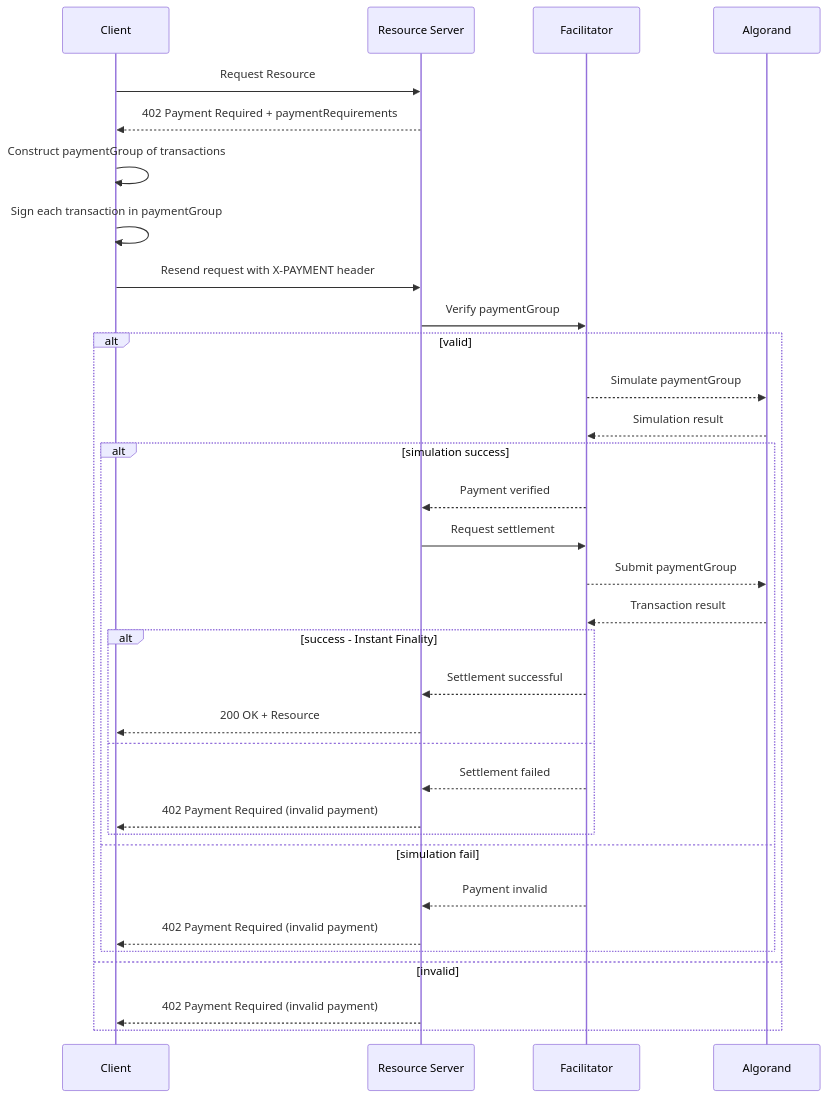
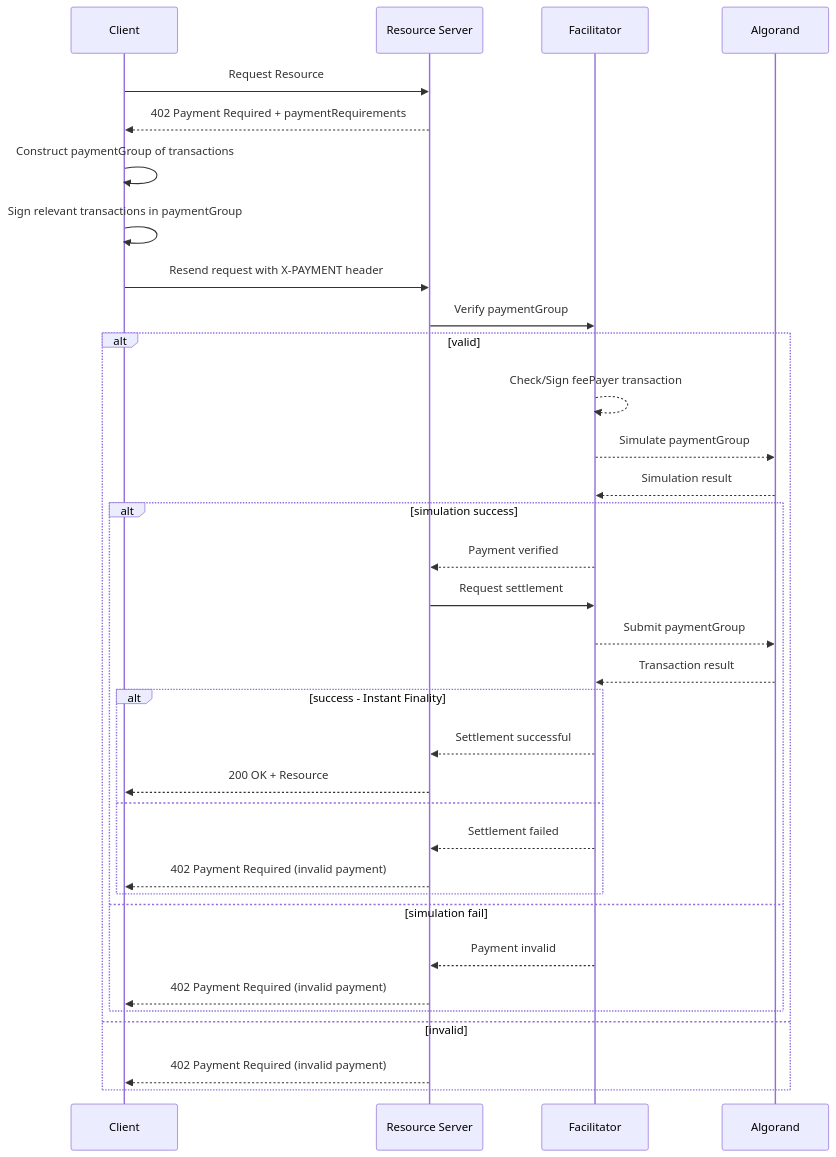
Before and after one commit to algorandfoundation/x402: the diagram in specs/schemes/exact/scheme_exact_algo.md, drawn with Mermaid. The commit also changed other lines of this file, not shown here.

````diff
--- a/specs/schemes/exact/scheme_exact_algo.md
+++ b/specs/schemes/exact/scheme_exact_algo.md
@@ -72,39 +9,39 @@
 ```mermaid
   sequenceDiagram
     participant C as Client
     participant R as Resource Server
     participant F as Facilitator
     participant A as Algorand
 
     C->>R: Request Resource
     R-->>C: 402 Payment Required + paymentRequirements
     C->>C: Construct paymentGroup of transactions
-    C->>C: Sign each transaction in paymentGroup
+    C->>C: Sign relevant transactions in paymentGroup
     C->>R: Resend request with X-PAYMENT header
     R->>F: Verify paymentGroup
     alt valid
+      F-->>F: Check/Sign feePayer transaction
       F-->>A: Simulate paymentGroup
       A-->>F: Simulation result
       alt simulation success
         F-->>R: Payment verified
         R->>F: Request settlement
         F-->>A: Submit paymentGroup
         A-->>F: Transaction result
         alt success - Instant Finality
           F-->>R: Settlement successful
           R-->>C: 200 OK + Resource
         else
           F-->>R: Settlement failed
           R-->>C: 402 Payment Required (invalid payment)
         end
       else simulation fail
         F-->>R: Payment invalid
         R-->>C: 402 Payment Required (invalid payment)
       end
 
 
     else invalid
       R-->>C: 402 Payment Required (invalid payment)
     end
-
 ```
````
